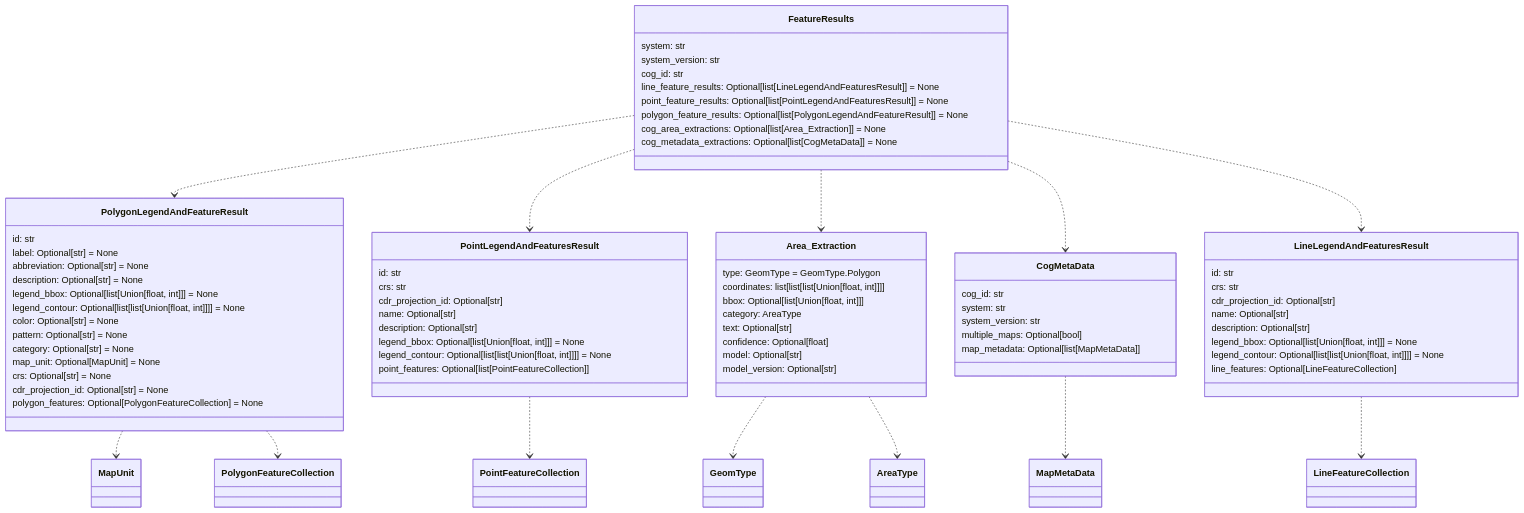
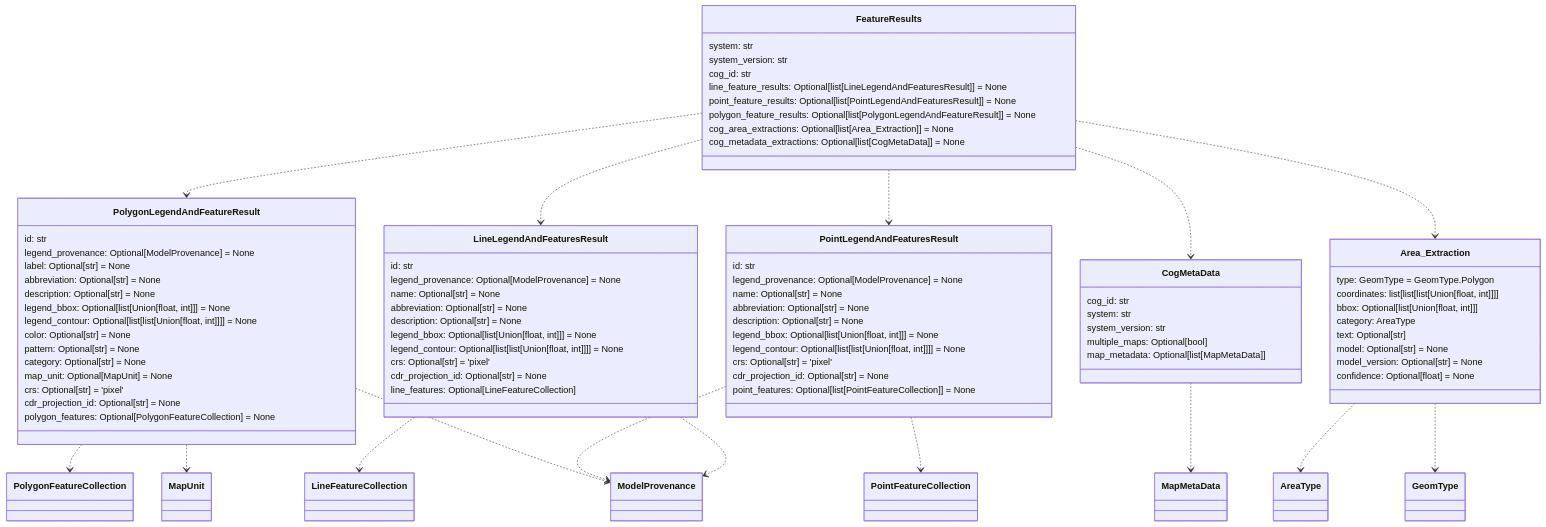
Before and after one commit to DARPA-CRITICALMAAS/cdr_schemas: the fourth of 12 diagrams in README.md, drawn with Mermaid. The commit also changed other lines of this file and 5 other files, not shown here.

Commit message:
Added model provence and formatted line and point features

````diff
--- a/README.md
+++ b/README.md
@@ -251,5 +251,48 @@
 ```mermaid
 classDiagram
+
+    class LineLegendAndFeaturesResult {
+        id: str
+        legend_provenance: Optional[ModelProvenance] = None
+        name: Optional[str] = None
+        abbreviation: Optional[str] = None
+        description: Optional[str] = None
+        legend_bbox: Optional[list[Union[float, int]]] = None
+        legend_contour: Optional[list[list[Union[float, int]]]] = None
+        crs: Optional[str] = 'pixel'
+        cdr_projection_id: Optional[str] = None
+        line_features: Optional[LineFeatureCollection]
+    }
+
+    class PolygonLegendAndFeatureResult {
+        id: str
+        legend_provenance: Optional[ModelProvenance] = None
+        label: Optional[str] = None
+        abbreviation: Optional[str] = None
+        description: Optional[str] = None
+        legend_bbox: Optional[list[Union[float, int]]] = None
+        legend_contour: Optional[list[list[Union[float, int]]]] = None
+        color: Optional[str] = None
+        pattern: Optional[str] = None
+        category: Optional[str] = None
+        map_unit: Optional[MapUnit] = None
+        crs: Optional[str] = 'pixel'
+        cdr_projection_id: Optional[str] = None
+        polygon_features: Optional[PolygonFeatureCollection] = None
+    }
+
+    class PointLegendAndFeaturesResult {
+        id: str
+        legend_provenance: Optional[ModelProvenance] = None
+        name: Optional[str] = None
+        abbreviation: Optional[str] = None
+        description: Optional[str] = None
+        legend_bbox: Optional[list[Union[float, int]]] = None
+        legend_contour: Optional[list[list[Union[float, int]]]] = None
+        crs: Optional[str] = 'pixel'
+        cdr_projection_id: Optional[str] = None
+        point_features: Optional[list[PointFeatureCollection]] = None
+    }
 
     class FeatureResults {
         system: str
@@ -262,31 +305,12 @@
         cog_metadata_extractions: Optional[list[CogMetaData]] = None
     }
 
-    class PolygonLegendAndFeatureResult {
-        id: str
-        label: Optional[str] = None
-        abbreviation: Optional[str] = None
-        description: Optional[str] = None
-        legend_bbox: Optional[list[Union[float, int]]] = None
-        legend_contour: Optional[list[list[Union[float, int]]]] = None
-        color: Optional[str] = None
-        pattern: Optional[str] = None
-        category: Optional[str] = None
-        map_unit: Optional[MapUnit] = None
-        crs: Optional[str] = None
-        cdr_projection_id: Optional[str] = None
-        polygon_features: Optional[PolygonFeatureCollection] = None
-    }
-
-    class PointLegendAndFeaturesResult {
-        id: str
-        crs: str
-        cdr_projection_id: Optional[str]
-        name: Optional[str]
-        description: Optional[str]
-        legend_bbox: Optional[list[Union[float, int]]] = None
-        legend_contour: Optional[list[list[Union[float, int]]]] = None
-        point_features: Optional[list[PointFeatureCollection]]
+    class CogMetaData {
+        cog_id: str
+        system: str
+        system_version: str
+        multiple_maps: Optional[bool]
+        map_metadata: Optional[list[MapMetaData]]
     }
 
     class Area_Extraction {
@@ -295,42 +319,26 @@
         bbox: Optional[list[Union[float, int]]]
         category: AreaType
         text: Optional[str]
-        confidence: Optional[float]
-        model: Optional[str]
-        model_version: Optional[str]
+        model: Optional[str] = None
+        model_version: Optional[str] = None
+        confidence: Optional[float] = None
     }
 
-    class CogMetaData {
-        cog_id: str
-        system: str
-        system_version: str
-        multiple_maps: Optional[bool]
-        map_metadata: Optional[list[MapMetaData]]
-    }
-
-    class LineLegendAndFeaturesResult {
-        id: str
-        crs: str
-        cdr_projection_id: Optional[str]
-        name: Optional[str]
-        description: Optional[str]
-        legend_bbox: Optional[list[Union[float, int]]] = None
-        legend_contour: Optional[list[list[Union[float, int]]]] = None
-        line_features: Optional[LineFeatureCollection]
-    }
-
+    Area_Extraction ..> AreaType
     Area_Extraction ..> GeomType
-    Area_Extraction ..> AreaType
     LineLegendAndFeaturesResult ..> LineFeatureCollection
+    LineLegendAndFeaturesResult ..> ModelProvenance
     PointLegendAndFeaturesResult ..> PointFeatureCollection
+    PointLegendAndFeaturesResult ..> ModelProvenance
+    PolygonLegendAndFeatureResult ..> PolygonFeatureCollection
+    PolygonLegendAndFeatureResult ..> ModelProvenance
     PolygonLegendAndFeatureResult ..> MapUnit
-    PolygonLegendAndFeatureResult ..> PolygonFeatureCollection
     CogMetaData ..> MapMetaData
     FeatureResults ..> PolygonLegendAndFeatureResult
+    FeatureResults ..> LineLegendAndFeaturesResult
     FeatureResults ..> PointLegendAndFeaturesResult
+    FeatureResults ..> CogMetaData
     FeatureResults ..> Area_Extraction
-    FeatureResults ..> CogMetaData
-    FeatureResults ..> LineLegendAndFeaturesResult
 
 
 ```
````
